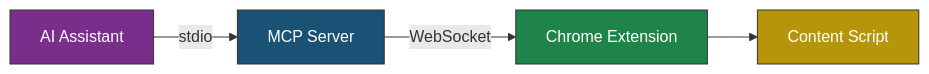
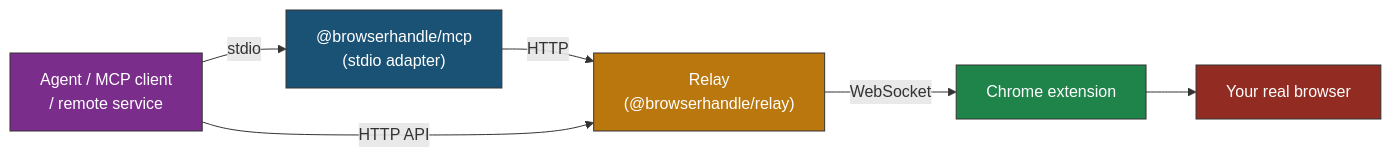
Before and after one commit to andrewshi98/browser-handle: the diagram in README.md, drawn with Mermaid. The commit also changed other lines of this file and 4 other files, not shown here.

First line of the commit message:
Rewrite README for the relay architecture; add protocol/deploying/security docs

````diff
--- a/README.md
+++ b/README.md
@@ -143,14 +15,18 @@
 ```mermaid
 flowchart LR
-    LLM["AI Assistant"]
-    MCP["MCP Server"]
-    EXT["Chrome Extension"]
-    CS["Content Script"]
+    AGENT["Agent / MCP client<br/>/ remote service"]
+    MCP["@browserhandle/mcp<br/>(stdio adapter)"]
+    RELAY["Relay<br/>(@browserhandle/relay)"]
+    EXT["Chrome extension"]
+    BROWSER["Your real browser"]
 
-    LLM -- "stdio" --> MCP -- "WebSocket" --> EXT --> CS
+    AGENT -- "stdio" --> MCP -- "HTTP" --> RELAY
+    AGENT -- "HTTP API" --> RELAY
+    RELAY -- "WebSocket" --> EXT --> BROWSER
 
-    style LLM fill:#7b2d8b,stroke:#333,color:#fff
+    style AGENT fill:#7b2d8b,stroke:#333,color:#fff
     style MCP fill:#1a5276,stroke:#333,color:#fff
+    style RELAY fill:#b9770e,stroke:#333,color:#fff
     style EXT fill:#1e8449,stroke:#333,color:#fff
-    style CS fill:#b7950b,stroke:#333,color:#fff
+    style BROWSER fill:#922b21,stroke:#333,color:#fff
 ```
````
